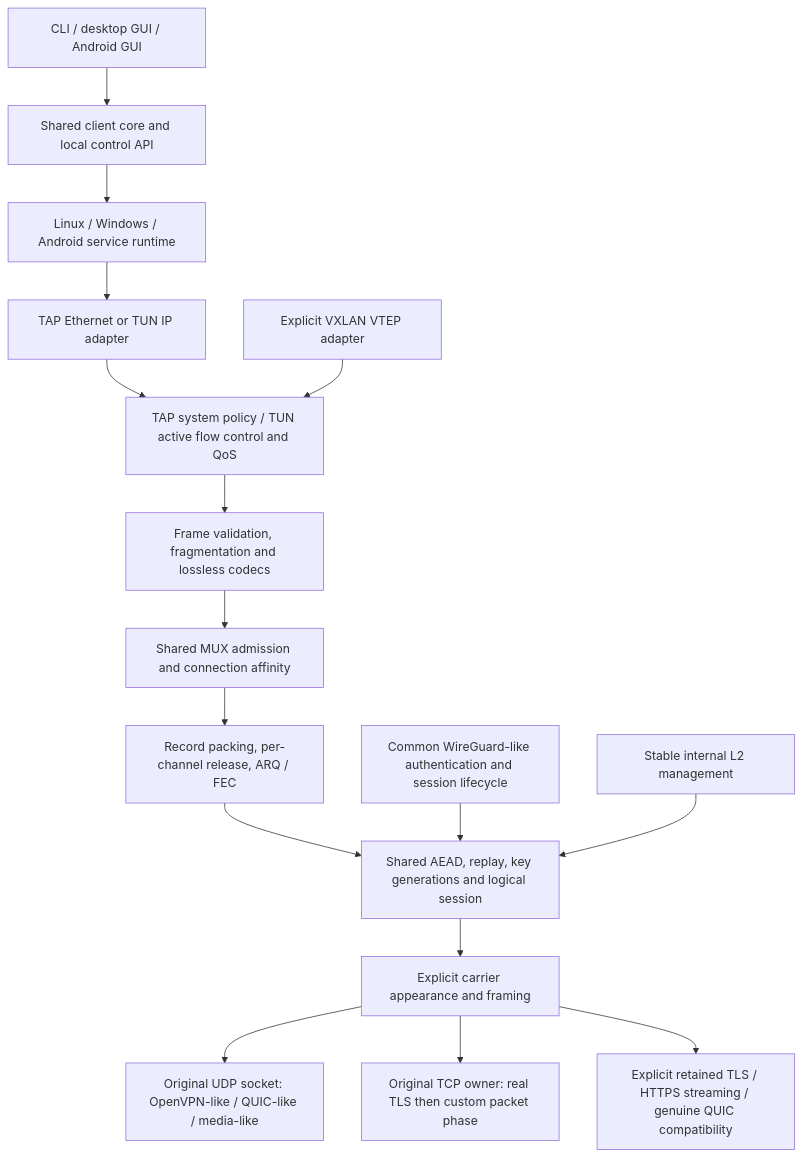
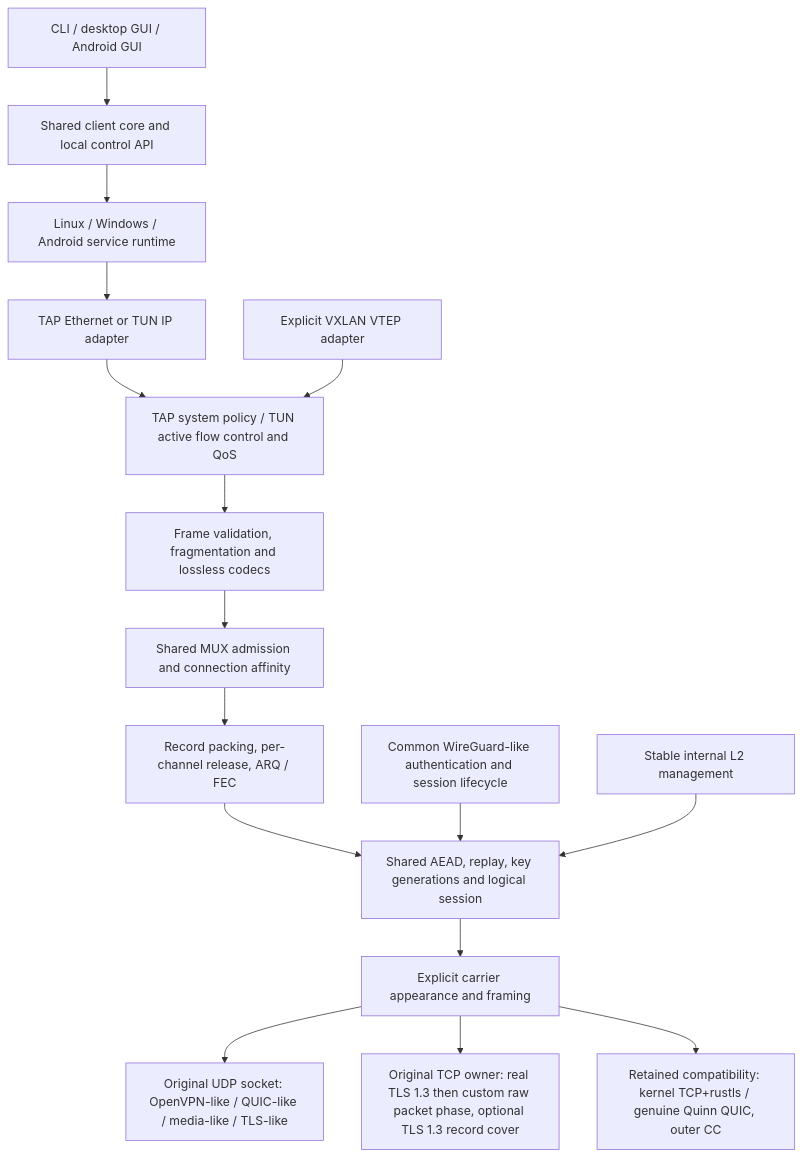
The diagram in docs/architecture.md (manageryzy/l2tunnel), drawn with Mermaid before and after one commit. The commit also changed other lines of this file and 17 other files, not shown here.

First line of the commit message:
docs: update architecture, checklist, and module documentation

````diff
--- a/docs/architecture.md
+++ b/docs/architecture.md
@@ -652,18 +652,18 @@
 ```mermaid
 flowchart TB
     UI[CLI / desktop GUI / Android GUI] --> API[Shared client core and local control API]
     API --> P[Linux / Windows / Android service runtime]
     P --> D[TAP Ethernet or TUN IP adapter]
     D --> Q[TAP system policy / TUN active flow control and QoS]
     Q --> F[Frame validation, fragmentation and lossless codecs]
     F --> M[Shared MUX admission and connection affinity]
     M --> R[Record packing, per-channel release, ARQ / FEC]
     R --> S[Shared AEAD, replay, key generations and logical session]
     HS[Common WireGuard-like authentication and session lifecycle] --> S
     MG[Stable internal L2 management] --> S
     VX[Explicit VXLAN VTEP adapter] --> Q
     S --> C[Explicit carrier appearance and framing]
-    C --> U[Original UDP socket: OpenVPN-like / QUIC-like / media-like]
-    C --> X[Original TCP owner: real TLS then custom packet phase]
-    C --> T[Explicit retained TLS / HTTPS streaming / genuine QUIC compatibility]
+    C --> U[Original UDP socket: OpenVPN-like / QUIC-like / media-like / TLS-like]
+    C --> X[Original TCP owner: real TLS 1.3 then custom raw packet phase, optional TLS 1.3 record cover]
+    C --> T[Retained compatibility: kernel TCP+rustls / genuine Quinn QUIC, outer CC]
 ```
````
